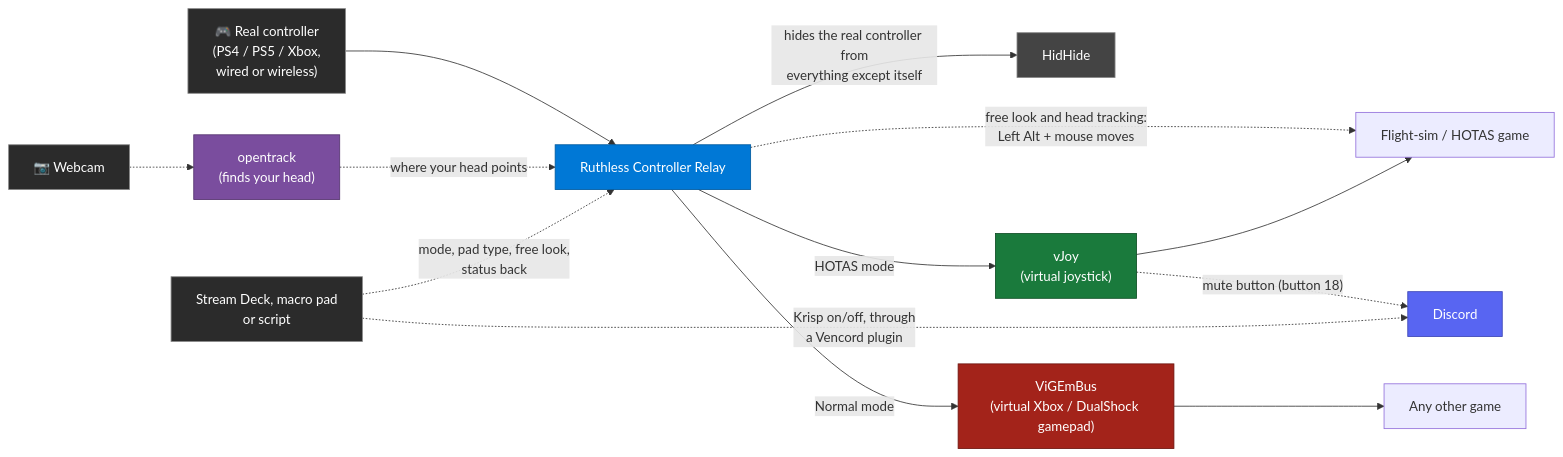
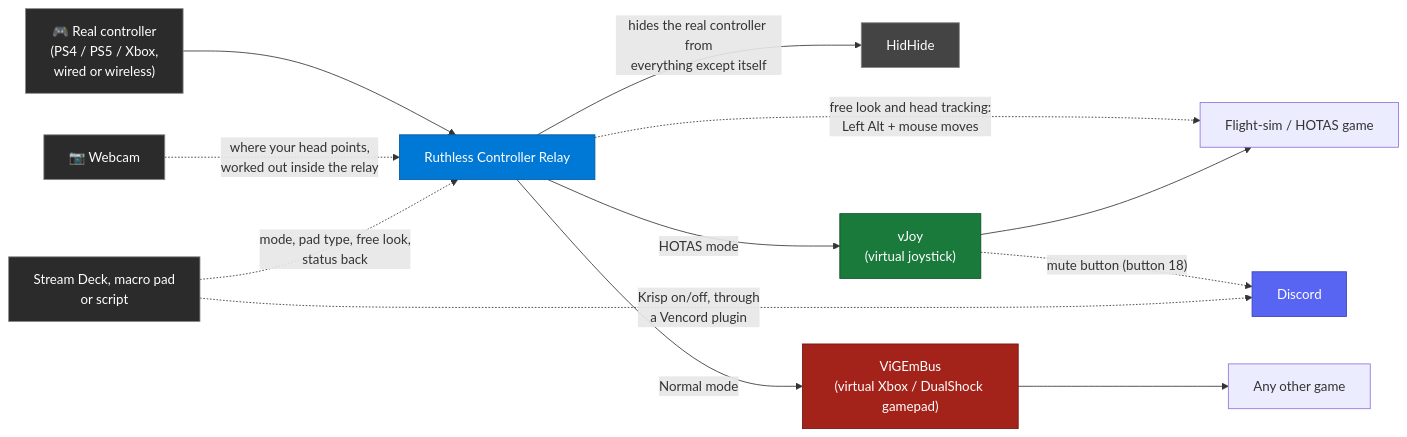
Before and after one commit to spongebobmoviept-lab/RuthlessControllerRelay: the diagram in README.md, drawn with Mermaid. The commit also changed other lines of this file and 14 other files, not shown here.

First line of the commit message:
v1.4.0: head tracking built into the relay, in C

````diff
--- a/README.md
+++ b/README.md
@@ -37,27 +37,25 @@
 ```mermaid
 flowchart LR
     C["🎮 Real controller<br/>(PS4 / PS5 / Xbox,<br/>wired or wireless)"] --> R["Ruthless Controller Relay"]
-    W["📷 Webcam"] -.-> O["opentrack<br/>(finds your head)"]
-    O -. "where your head points" .-> R
+    W["📷 Webcam"] -. "where your head points,<br/>worked out inside the relay" .-> R
     K["Stream Deck, macro pad<br/>or script"] -. "mode, pad type, free look,<br/>status back" .-> R
 
     R -- "hides the real controller from<br/>everything except itself" --> H["HidHide"]
     R -- "HOTAS mode" --> V["vJoy<br/>(virtual joystick)"]
     R -- "Normal mode" --> G["ViGEmBus<br/>(virtual Xbox / DualShock gamepad)"]
     R -. "free look and head tracking:<br/>Left Alt + mouse moves" .-> Game1
     V --> Game1["Flight-sim / HOTAS game"]
     G --> Game2["Any other game"]
 
     V -. "mute button (button 18)" .-> D["Discord"]
     K -. "Krisp on/off, through<br/>a Vencord plugin" .-> D
 
     style C fill:#2b2b2b,stroke:#888,color:#fff
     style R fill:#0078D6,stroke:#005a9e,color:#fff
     style H fill:#444,stroke:#888,color:#fff
     style V fill:#1a7a3c,stroke:#0e4d24,color:#fff
     style G fill:#a3231a,stroke:#6e160f,color:#fff
     style W fill:#2b2b2b,stroke:#888,color:#fff
-    style O fill:#7a4d9e,stroke:#54336e,color:#fff
     style K fill:#2b2b2b,stroke:#888,color:#fff
     style D fill:#5865F2,stroke:#3b45b5,color:#fff
 ```
````
